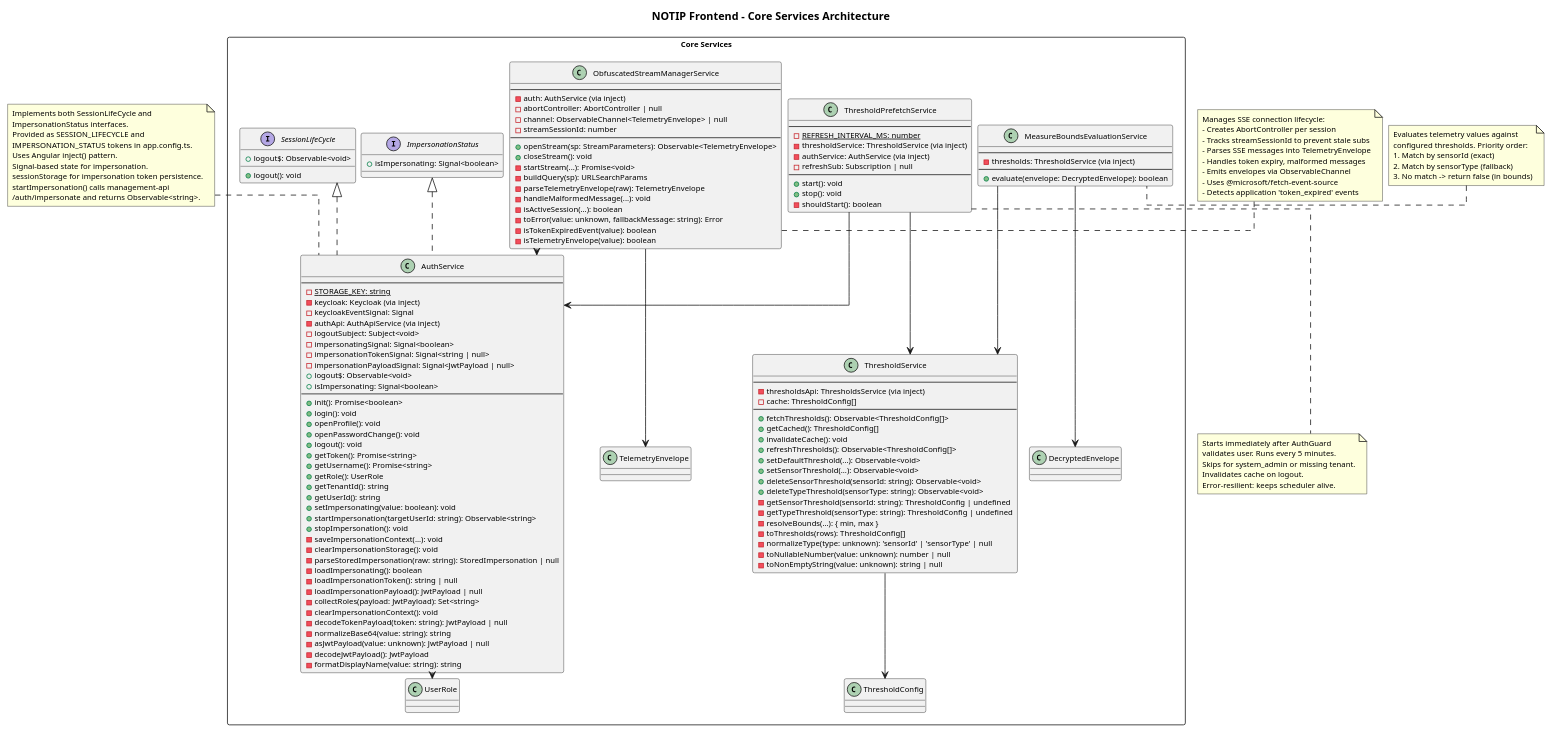
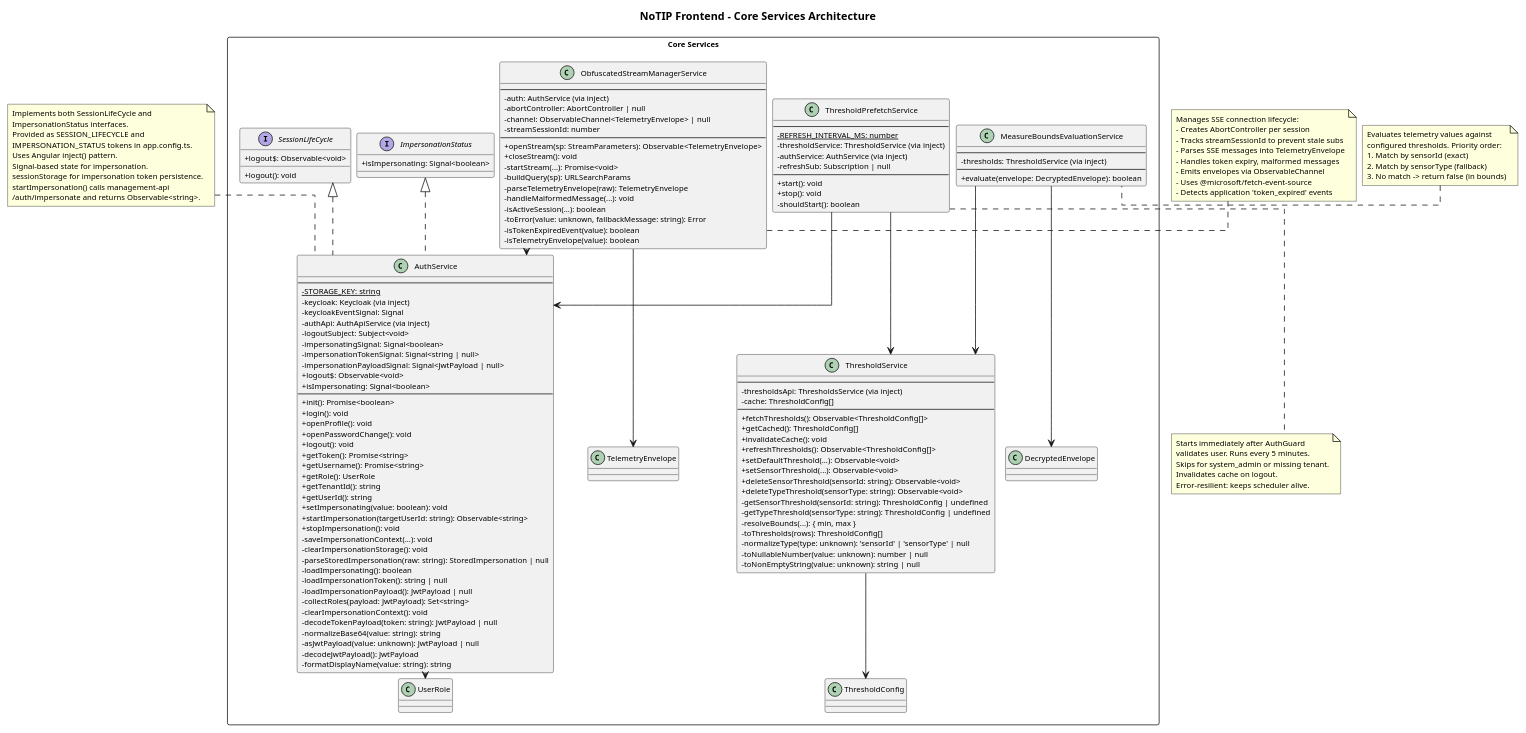
One commit to NoTIPswe/RepoDocumentale changed the diagram in docs/13-pb/docest/specifica_tecnica_frontend/assets/05-core-services.puml. Above: the diagram before and after it, drawn with PlantUML. The commit also changed 20 other files, not shown here.

```diff
--- a/docs/13-pb/docest/specifica_tecnica_frontend/assets/05-core-services.puml
+++ b/docs/13-pb/docest/specifica_tecnica_frontend/assets/05-core-services.puml
@@ -1,177 +1,178 @@
 @startuml
-title NOTIP Frontend - Core Services Architecture
+title NoTIP Frontend - Core Services Architecture
 
 skinparam backgroundColor #FFFFFF
 skinparam defaultFontSize 10
 skinparam defaultFontColor #000000
 skinparam nodesep 8
 skinparam ranksep 8
 skinparam linetype ortho
+skinparam classAttributeIconSize 0
 
 package "Core Services" <<Rectangle>> {
   class "AuthService" as AuthService {
     --
     -{static} STORAGE_KEY: string
     -keycloak: Keycloak (via inject)
     -keycloakEventSignal: Signal
     -authApi: AuthApiService (via inject)
     -logoutSubject: Subject<void>
     -impersonatingSignal: Signal<boolean>
     -impersonationTokenSignal: Signal<string | null>
     -impersonationPayloadSignal: Signal<JwtPayload | null>
     +logout$: Observable<void>
     +isImpersonating: Signal<boolean>
     --
     +init(): Promise<boolean>
     +login(): void
     +openProfile(): void
     +openPasswordChange(): void
     +logout(): void
     +getToken(): Promise<string>
     +getUsername(): Promise<string>
     +getRole(): UserRole
     +getTenantId(): string
     +getUserId(): string
     +setImpersonating(value: boolean): void
     +startImpersonation(targetUserId: string): Observable<string>
     +stopImpersonation(): void
     -saveImpersonationContext(...): void
     -clearImpersonationStorage(): void
     -parseStoredImpersonation(raw: string): StoredImpersonation | null
     -loadImpersonating(): boolean
     -loadImpersonationToken(): string | null
     -loadImpersonationPayload(): JwtPayload | null
     -collectRoles(payload: JwtPayload): Set<string>
     -clearImpersonationContext(): void
     -decodeTokenPayload(token: string): JwtPayload | null
     -normalizeBase64(value: string): string
     -asJwtPayload(value: unknown): JwtPayload | null
     -decodeJwtPayload(): JwtPayload
     -formatDisplayName(value: string): string
   }
 
   interface "SessionLifeCycle" as SessionLifeCycle {
     +logout$: Observable<void>
     +logout(): void
   }
 
   interface "ImpersonationStatus" as ImpersonationStatus {
     +isImpersonating: Signal<boolean>
   }
 
   class "ObfuscatedStreamManagerService" as ObfStreamMgr {
     --
     -auth: AuthService (via inject)
     -abortController: AbortController | null
     -channel: ObservableChannel<TelemetryEnvelope> | null
     -streamSessionId: number
     --
     +openStream(sp: StreamParameters): Observable<TelemetryEnvelope>
     +closeStream(): void
     -startStream(...): Promise<void>
     -buildQuery(sp): URLSearchParams
     -parseTelemetryEnvelope(raw): TelemetryEnvelope
     -handleMalformedMessage(...): void
     -isActiveSession(...): boolean
     -toError(value: unknown, fallbackMessage: string): Error
     -isTokenExpiredEvent(value): boolean
     -isTelemetryEnvelope(value): boolean
   }
 
   class "ThresholdPrefetchService" as ThresholdPrefetch {
     --
     -{static} REFRESH_INTERVAL_MS: number
     -thresholdService: ThresholdService (via inject)
     -authService: AuthService (via inject)
     -refreshSub: Subscription | null
     --
     +start(): void
     +stop(): void
     -shouldStart(): boolean
   }
 
   class "ThresholdService" as ThresholdSvc {
     --
     -thresholdsApi: ThresholdsService (via inject)
     -cache: ThresholdConfig[]
     --
     +fetchThresholds(): Observable<ThresholdConfig[]>
     +getCached(): ThresholdConfig[]
     +invalidateCache(): void
     +refreshThresholds(): Observable<ThresholdConfig[]>
     +setDefaultThreshold(...): Observable<void>
     +setSensorThreshold(...): Observable<void>
     +deleteSensorThreshold(sensorId: string): Observable<void>
     +deleteTypeThreshold(sensorType: string): Observable<void>
     -getSensorThreshold(sensorId: string): ThresholdConfig | undefined
     -getTypeThreshold(sensorType: string): ThresholdConfig | undefined
     -resolveBounds(...): { min, max }
     -toThresholds(rows): ThresholdConfig[]
     -normalizeType(type: unknown): 'sensorId' | 'sensorType' | null
     -toNullableNumber(value: unknown): number | null
     -toNonEmptyString(value: unknown): string | null
   }
 
   class "MeasureBoundsEvaluationService" as BoundsEval {
     --
     -thresholds: ThresholdService (via inject)
     --
     +evaluate(envelope: DecryptedEnvelope): boolean
   }
 
   ' Relationships
   SessionLifeCycle <|.. AuthService
   ImpersonationStatus <|.. AuthService
 
   AuthService --> UserRole
 
   ThresholdPrefetch --> ThresholdSvc
   ThresholdPrefetch --> AuthService
   ThresholdSvc --> ThresholdConfig
   BoundsEval --> DecryptedEnvelope
   BoundsEval --> ThresholdSvc
 
   ObfStreamMgr --> TelemetryEnvelope
   ObfStreamMgr --> AuthService
 }
 
 note top of AuthService
   Implements both SessionLifeCycle and
   ImpersonationStatus interfaces.
   Provided as SESSION_LIFECYCLE and
   IMPERSONATION_STATUS tokens in app.config.ts.
   Uses Angular inject() pattern.
   Signal-based state for impersonation.
   sessionStorage for impersonation token persistence.
   startImpersonation() calls management-api
   /auth/impersonate and returns Observable<string>.
 end note
 
 note right of ObfStreamMgr
   Manages SSE connection lifecycle:
   - Creates AbortController per session
   - Tracks streamSessionId to prevent stale subs
   - Parses SSE messages into TelemetryEnvelope
   - Handles token expiry, malformed messages
   - Emits envelopes via ObservableChannel
   - Uses @microsoft/fetch-event-source
   - Detects application 'token_expired' events
 end note
 
 note bottom of ThresholdPrefetch
   Starts immediately after AuthGuard
   validates user. Runs every 5 minutes.
   Skips for system_admin or missing tenant.
   Invalidates cache on logout.
   Error-resilient: keeps scheduler alive.
 end note
 
 note left of BoundsEval
   Evaluates telemetry values against
   configured thresholds. Priority order:
   1. Match by sensorId (exact)
   2. Match by sensorType (fallback)
   3. No match -> return false (in bounds)
 end note
 
 @enduml
```
